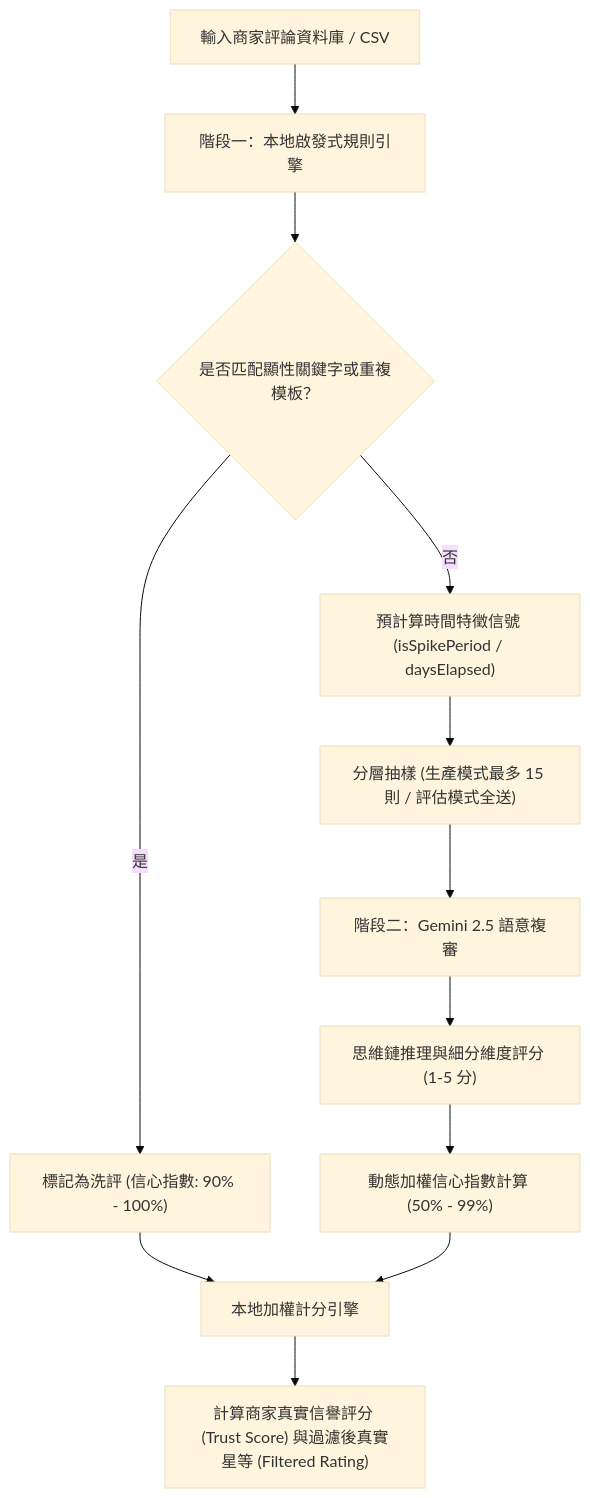
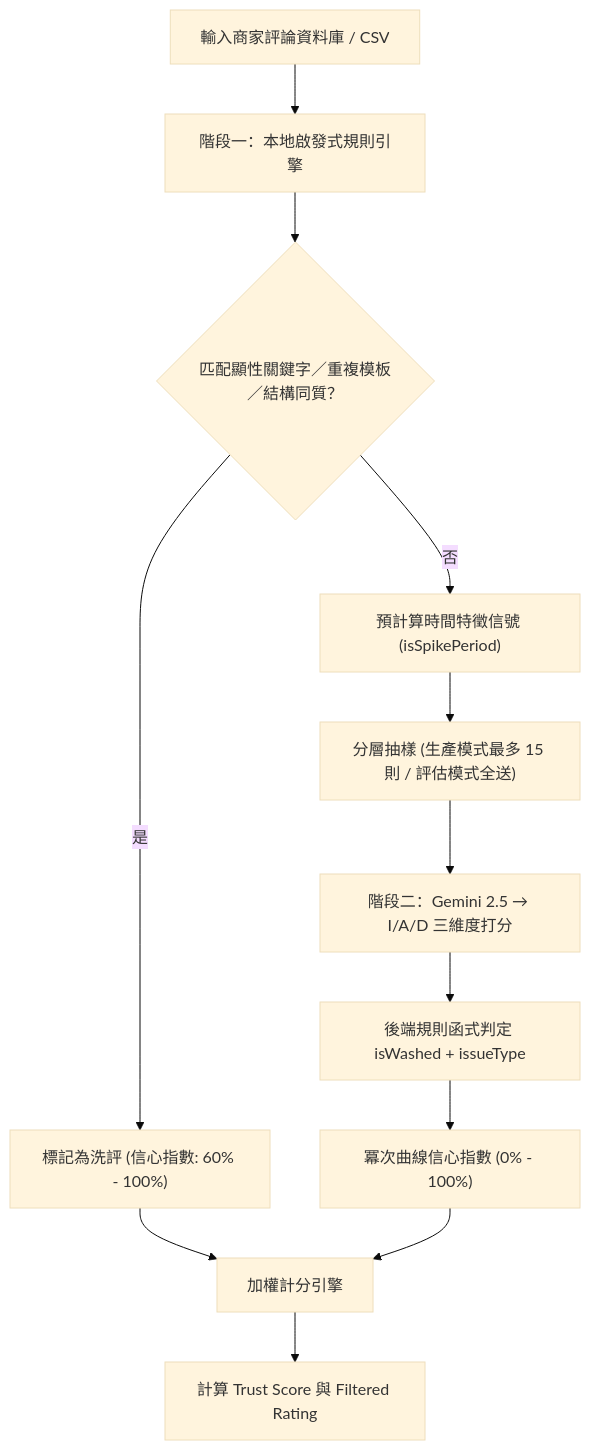
One commit to yiyi42205-ops/TTTTTTUUURREE changed the diagram in docs/TRUE_RATING_LOGIC.md. Above: the diagram before and after it, drawn with Mermaid (base theme). The commit also changed other lines of this file and 12 other files, not shown here.

````diff
--- a/docs/TRUE_RATING_LOGIC.md
+++ b/docs/TRUE_RATING_LOGIC.md
@@ -9,15 +9,15 @@
 ```mermaid
 flowchart TD
     A["輸入商家評論資料庫 / CSV"] --> B["階段一：本地啟發式規則引擎"]
-    B --> C{"是否匹配顯性關鍵字或重複模板？"}
-    C -- 是 --> D["標記為洗評 (信心指數: 90% - 100%)"]
-    C -- 否 --> E["預計算時間特徵信號 (isSpikePeriod / daysElapsed)"]
-    
+    B --> C{"匹配顯性關鍵字／重複模板／結構同質？"}
+    C -- 是 --> D["標記為洗評 (信心指數: 60% - 100%)"]
+    C -- 否 --> E["預計算時間特徵信號 (isSpikePeriod)"]
+
     E --> F["分層抽樣 (生產模式最多 15 則 / 評估模式全送)"]
-    F --> G["階段二：Gemini 2.5 語意複審"]
-    G --> H["思維鏈推理與細分維度評分 (1-5 分)"]
-    H --> I["動態加權信心指數計算 (50% - 99%)"]
-    
-    D & I --> J["本地加權計分引擎"]
-    J --> K["計算商家真實信譽評分 (Trust Score) 與過濾後真實星等 (Filtered Rating)"]
+    F --> G["階段二：Gemini 2.5 → I/A/D 三維度打分"]
+    G --> H["後端規則函式判定 isWashed + issueType"]
+    H --> I["冪次曲線信心指數 (0% - 100%)"]
+
+    D & I --> J["加權計分引擎"]
+    J --> K["計算 Trust Score 與 Filtered Rating"]
 ```
````
